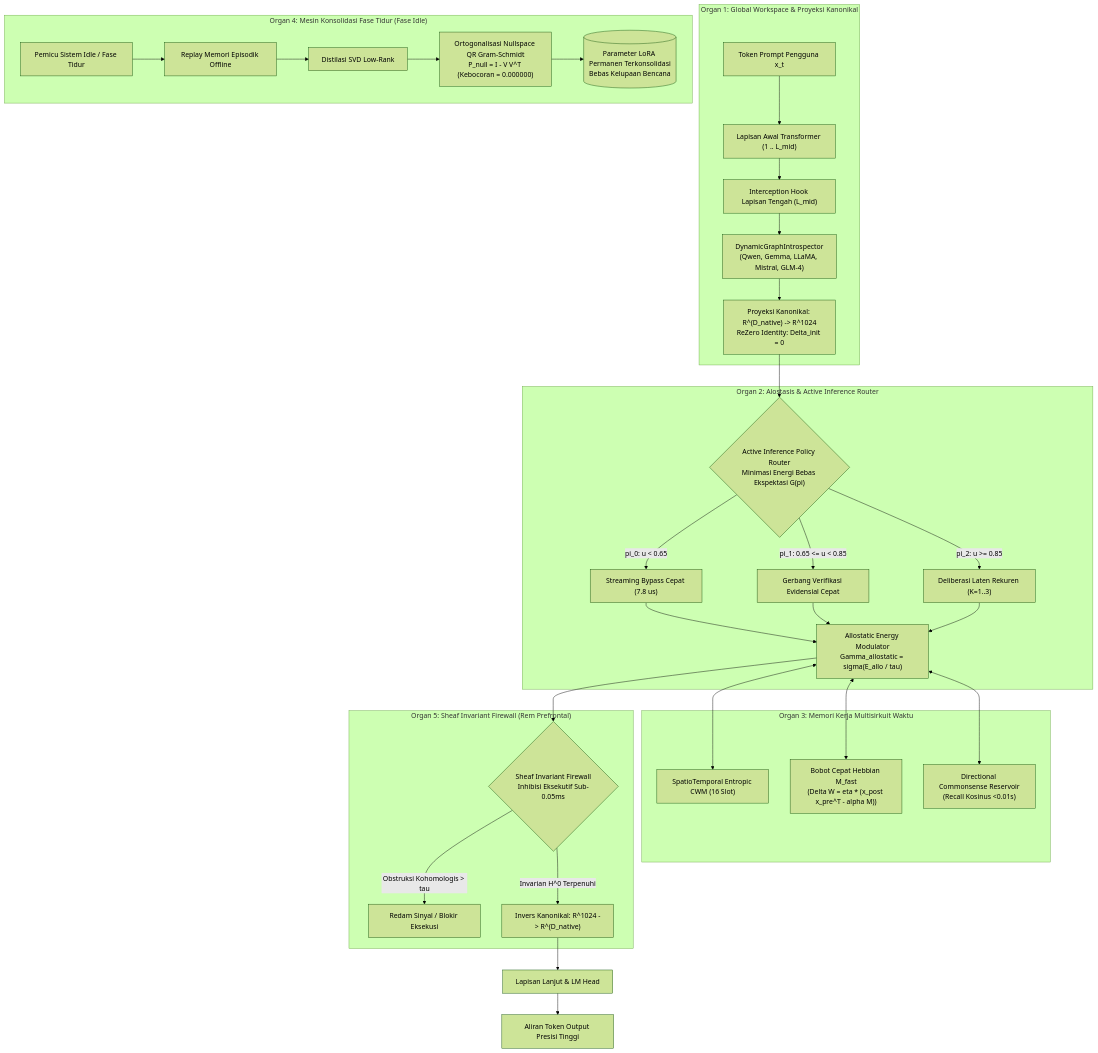
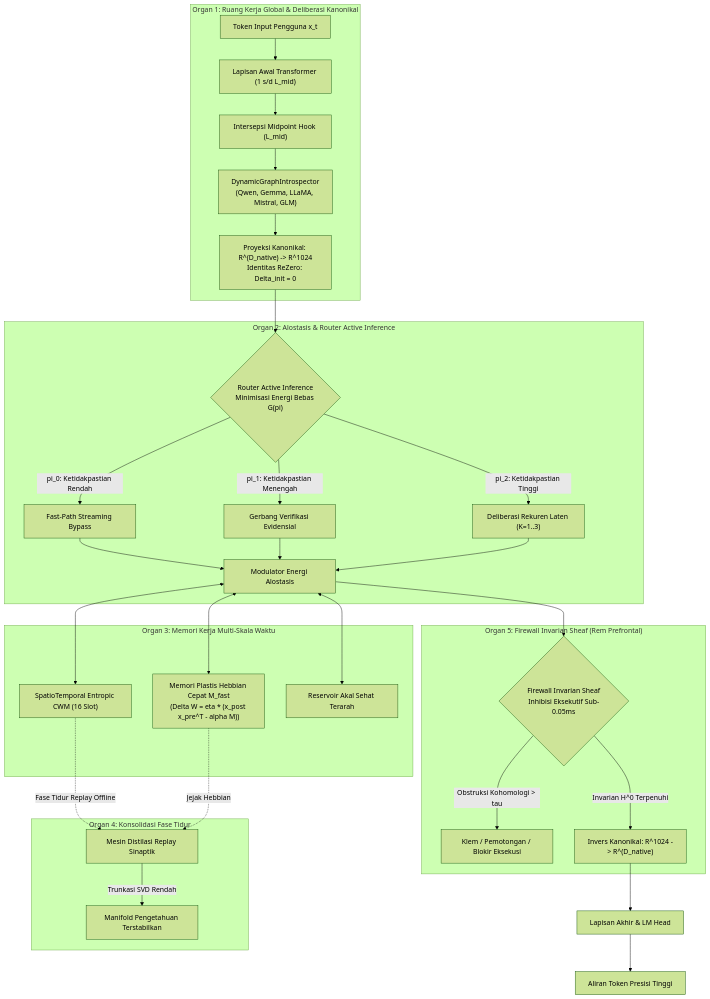
The diagram in docs/README_id.md (Ch3nOff/dual-loop-controller), drawn with Mermaid (forest theme) before and after one commit. The commit also changed other lines of this file and 111 other files, not shown here.

````diff
--- a/docs/README_id.md
+++ b/docs/README_id.md
@@ -63,41 +57,40 @@
 ```mermaid
 flowchart TD
-    subgraph Organ1 ["Organ 1: Global Workspace & Proyeksi Kanonikal"]
-        In["Token Prompt Pengguna x_t"] --> EarlyLayers["Lapisan Awal Transformer (1 .. L_mid)"]
-        EarlyLayers --> Hook["Interception Hook Lapisan Tengah (L_mid)"]
-        Hook --> GraphIntrospect["DynamicGraphIntrospector<br/>(Qwen, Gemma, LLaMA, Mistral, GLM-4)"]
-        GraphIntrospect --> CanonicalMap["Proyeksi Kanonikal: R^(D_native) -> R^1024<br/>ReZero Identity: Delta_init = 0"]
+    subgraph Organ1 ["Organ 1: Ruang Kerja Global & Deliberasi Kanonikal"]
+        In["Token Input Pengguna x_t"] --> EarlyLayers["Lapisan Awal Transformer (1 s/d L_mid)"]
+        EarlyLayers --> Hook["Intersepsi Midpoint Hook (L_mid)"]
+        Hook --> GraphIntrospect["DynamicGraphIntrospector<br/>(Qwen, Gemma, LLaMA, Mistral, GLM)"]
+        GraphIntrospect --> CanonicalMap["Proyeksi Kanonikal: R^(D_native) -> R^1024<br/>Identitas ReZero: Delta_init = 0"]
     end
 
-    subgraph Organ2 ["Organ 2: Alostasis & Active Inference Router"]
-        CanonicalMap --> FristonRouter{"Active Inference Policy Router<br/>Minimasi Energi Bebas Ekspektasi G(pi)"}
-        FristonRouter -->|"pi_0: u < 0.65"| FastBypass["Streaming Bypass Cepat (7.8 us)"]
-        FristonRouter -->|"pi_1: 0.65 <= u < 0.85"| EvidentialCheck["Gerbang Verifikasi Evidensial Cepat"]
-        FristonRouter -->|"pi_2: u >= 0.85"| DeliberationLoop["Deliberasi Laten Rekuren (K=1..3)"]
-        FastBypass --> Allostasis["Allostatic Energy Modulator<br/>Gamma_allostatic = sigma(E_allo / tau)"]
+    subgraph Organ2 ["Organ 2: Alostasis & Router Active Inference"]
+        CanonicalMap --> FristonRouter{"Router Active Inference<br/>Minimisasi Energi Bebas G(pi)"}
+        FristonRouter -->|"pi_0: Ketidakpastian Rendah"| FastBypass["Fast-Path Streaming Bypass"]
+        FristonRouter -->|"pi_1: Ketidakpastian Menengah"| EvidentialCheck["Gerbang Verifikasi Evidensial"]
+        FristonRouter -->|"pi_2: Ketidakpastian Tinggi"| DeliberationLoop["Deliberasi Rekuren Laten (K=1..3)"]
+        FastBypass --> Allostasis["Modulator Energi Alostasis"]
         EvidentialCheck --> Allostasis
         DeliberationLoop --> Allostasis
     end
 
-    subgraph Organ3 ["Organ 3: Memori Kerja Multisirkuit Waktu"]
+    subgraph Organ3 ["Organ 3: Memori Kerja Multi-Skala Waktu"]
         Allostasis <--> CWM["SpatioTemporal Entropic CWM (16 Slot)"]
-        Allostasis <--> FastHebbian["Bobot Cepat Hebbian M_fast<br/>(Delta W = eta * (x_post x_pre^T - alpha M))"]
-        Allostasis <--> DirectionalRes["Directional Commonsense Reservoir<br/>(Recall Kosinus <0.01s)"]
+        Allostasis <--> FastHebbian["Memori Plastis Hebbian Cepat M_fast<br/>(Delta W = eta * (x_post x_pre^T - alpha M))"]
+        Allostasis <--> DirectionalRes["Reservoir Akal Sehat Terarah"]
     end
 
-    subgraph Organ5 ["Organ 5: Sheaf Invariant Firewall (Rem Prefrontal)"]
-        Allostasis --> SheafFirewall{"Sheaf Invariant Firewall<br/>Inhibisi Eksekutif Sub-0.05ms"}
-        SheafFirewall -->|"Obstruksi Kohomologis > tau"| ClampSafety["Redam Sinyal / Blokir Eksekusi"]
+    subgraph Organ4 ["Organ 4: Konsolidasi Fase Tidur"]
+        CWM -.->|"Fase Tidur Replay Offline"| SleepReplay["Mesin Distilasi Replay Sinaptik"]
+        FastHebbian -.->|"Jejak Hebbian"| SleepReplay
+        SleepReplay -->|"Trunkasi SVD Rendah"| PermanentWeights["Manifold Pengetahuan Terstabilkan"]
+    end
+
+    subgraph Organ5 ["Organ 5: Firewall Invarian Sheaf (Rem Prefrontal)"]
+        Allostasis --> SheafFirewall{"Firewall Invarian Sheaf<br/>Inhibisi Eksekutif Sub-0.05ms"}
+        SheafFirewall -->|"Obstruksi Kohomologi > tau"| ClampSafety["Klem / Pemotongan / Blokir Eksekusi"]
         SheafFirewall -->|"Invarian H^0 Terpenuhi"| NativeProject["Invers Kanonikal: R^1024 -> R^(D_native)"]
     end
 
-    NativeProject --> LateLayers["Lapisan Lanjut & LM Head"]
-    LateLayers --> OutStream["Aliran Token Output Presisi Tinggi"]
-
-    subgraph Organ4 ["Organ 4: Mesin Konsolidasi Fase Tidur (Fase Idle)"]
-        SystemIdle["Pemicu Sistem Idle / Fase Tidur"] --> ReplayBuffer["Replay Memori Episodik Offline"]
-        ReplayBuffer --> SVDDistill["Distilasi SVD Low-Rank"]
-        SVDDistill --> NullspaceOrtho["Ortogonalisasi Nullspace QR Gram-Schmidt<br/>P_null = I - V V^T (Kebocoran = 0.000000)"]
-        NullspaceOrtho --> PermanentLoRA[("Parameter LoRA Permanen Terkonsolidasi<br/>Bebas Kelupaan Bencana")]
-    end
+    NativeProject --> LateLayers["Lapisan Akhir & LM Head"]
+    LateLayers --> OutStream["Aliran Token Presisi Tinggi"]
 ```
````
